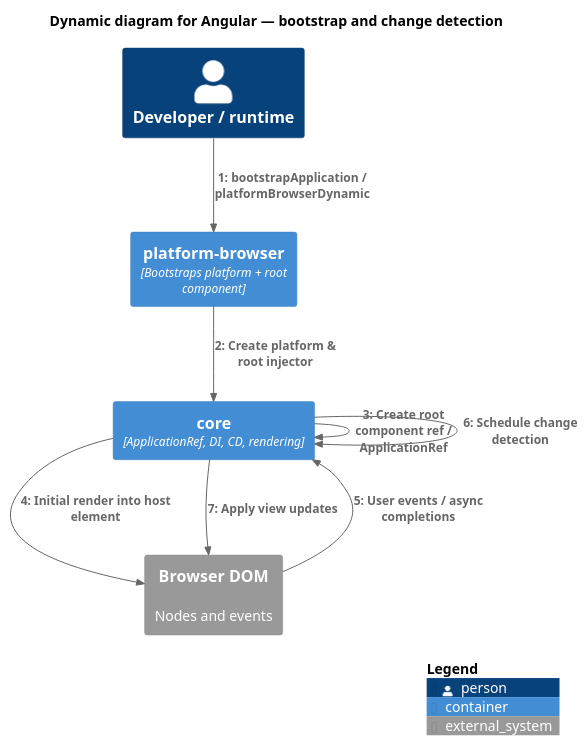
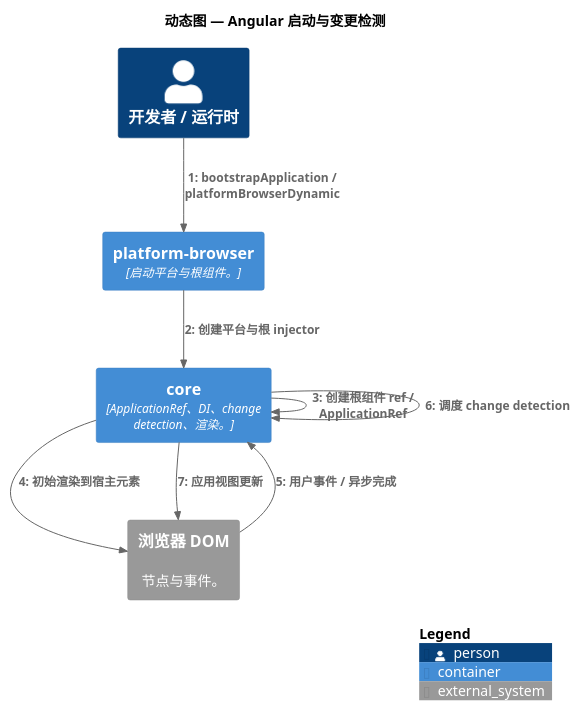
Before and after one commit to felixzhu97/community-docs: the diagram in angular/docs/c4-model/C4-Dynamic-BootstrapChangeDetection.puml, drawn with PlantUML. The commit also changed 30 other files, not shown here.

First line of the commit message:
docs: use Chinese prose in C4 diagrams (#5)

```diff
--- a/angular/docs/c4-model/C4-Dynamic-BootstrapChangeDetection.puml
+++ b/angular/docs/c4-model/C4-Dynamic-BootstrapChangeDetection.puml
@@ -1,20 +1,20 @@
 @startuml Angular_Bootstrap_Change_Detection
 !include https://raw.githubusercontent.com/plantuml-stdlib/C4-PlantUML/master/C4_Dynamic.puml
 
-title Dynamic diagram for Angular — bootstrap and change detection
+title 动态图 — Angular 启动与变更检测
 
-Person(dev, "Developer / runtime")
-Container(platformBrowser, "platform-browser", "Bootstraps platform + root component")
-Container(core, "core", "ApplicationRef, DI, CD, rendering")
-System_Ext(dom, "Browser DOM", "Nodes and events")
+Person(dev, "开发者 / 运行时")
+Container(platformBrowser, "platform-browser", "启动平台与根组件。")
+Container(core, "core", "ApplicationRef、DI、change detection、渲染。")
+System_Ext(dom, "浏览器 DOM", "节点与事件。")
 
 Rel(dev, platformBrowser, "bootstrapApplication / platformBrowserDynamic")
-Rel(platformBrowser, core, "Create platform & root injector")
-Rel(core, core, "Create root component ref / ApplicationRef")
-Rel(core, dom, "Initial render into host element")
-Rel(dom, core, "User events / async completions")
-Rel(core, core, "Schedule change detection")
-Rel(core, dom, "Apply view updates")
+Rel(platformBrowser, core, "创建平台与根 injector")
+Rel(core, core, "创建根组件 ref / ApplicationRef")
+Rel(core, dom, "初始渲染到宿主元素")
+Rel(dom, core, "用户事件 / 异步完成")
+Rel(core, core, "调度 change detection")
+Rel(core, dom, "应用视图更新")
 
 SHOW_LEGEND()
 @enduml
```
